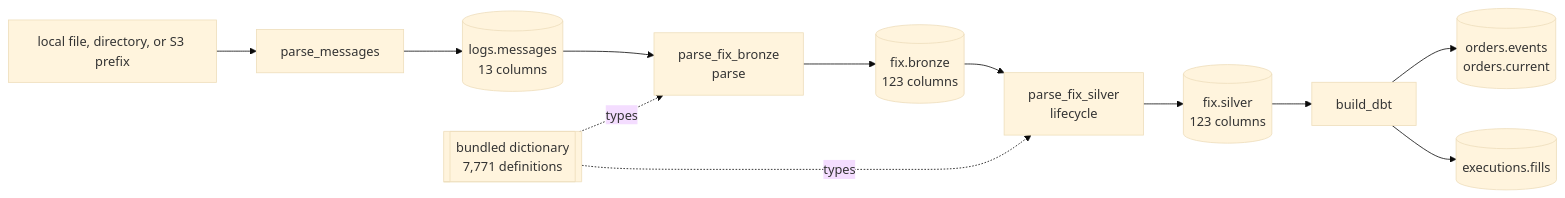
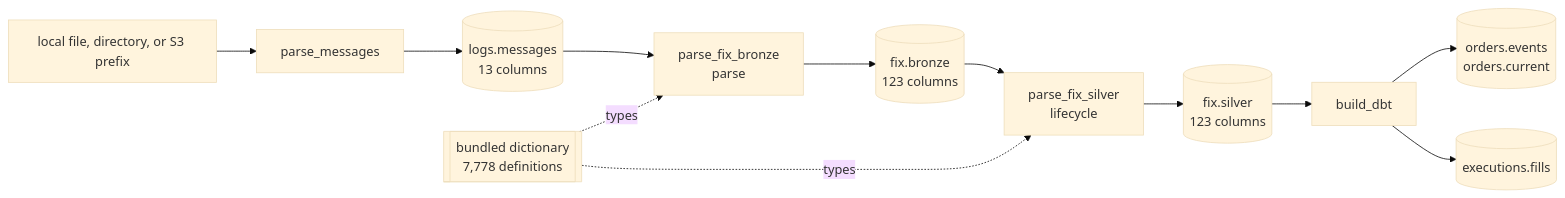
The diagram in docs/pipeline/index.md (Platob/yggfin), drawn with Mermaid (base theme) before and after one commit. The commit also changed other lines of this file and 1060 other files, not shown here.

````diff
--- a/docs/pipeline/index.md
+++ b/docs/pipeline/index.md
@@ -6,14 +6,14 @@
 ```mermaid
 flowchart LR
     U["local file, directory, or S3 prefix"] --> T["parse_messages"]
     T --> M[("logs.messages<br/>13 columns")]
     M --> F["parse_fix_bronze<br/>parse"]
-    R[["bundled dictionary<br/>7,771 definitions"]] -.types.-> F
+    R[["bundled dictionary<br/>7,778 definitions"]] -.types.-> F
     F --> X[("fix.bronze<br/>123 columns")]
     X --> L["parse_fix_silver<br/>lifecycle"]
     R -.types.-> L
     L --> S[("fix.silver<br/>123 columns")]
     S --> B["build_dbt"]
     B --> O[("orders.events<br/>orders.current")]
     B --> C[("executions.fills")]
 ```
````
